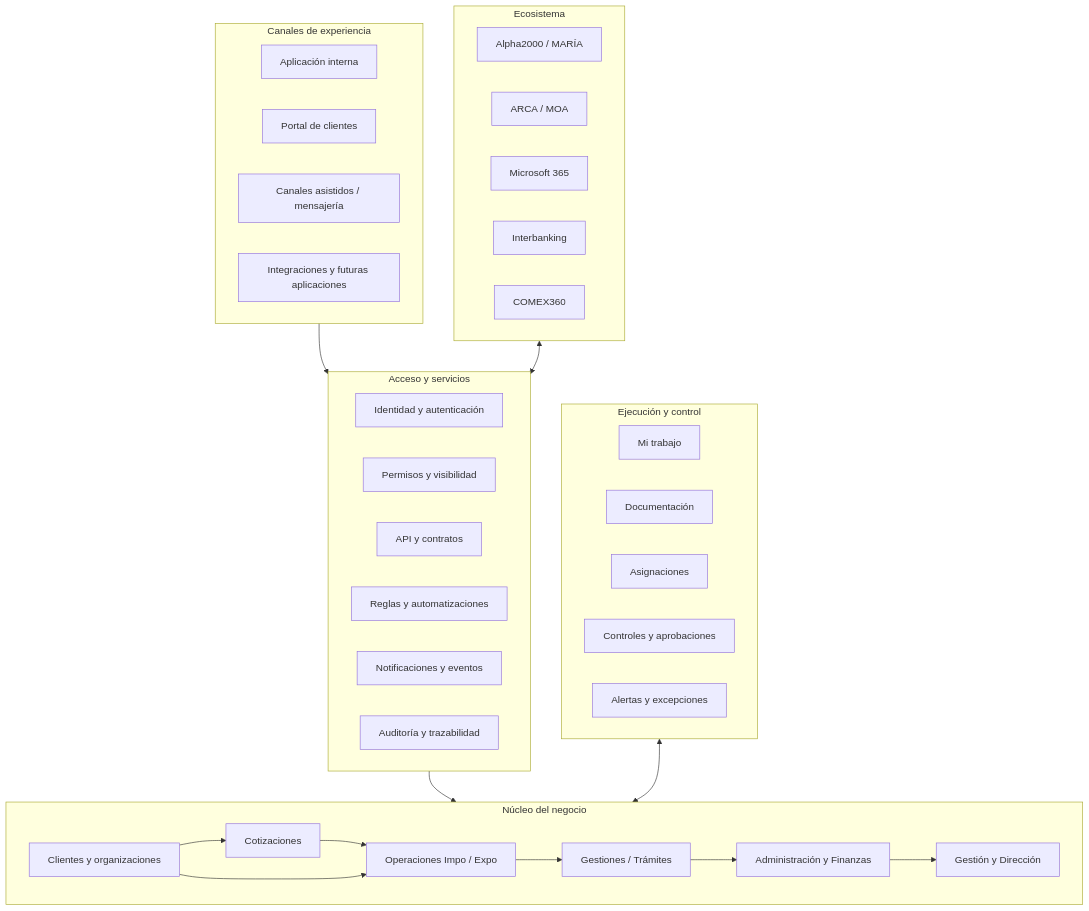
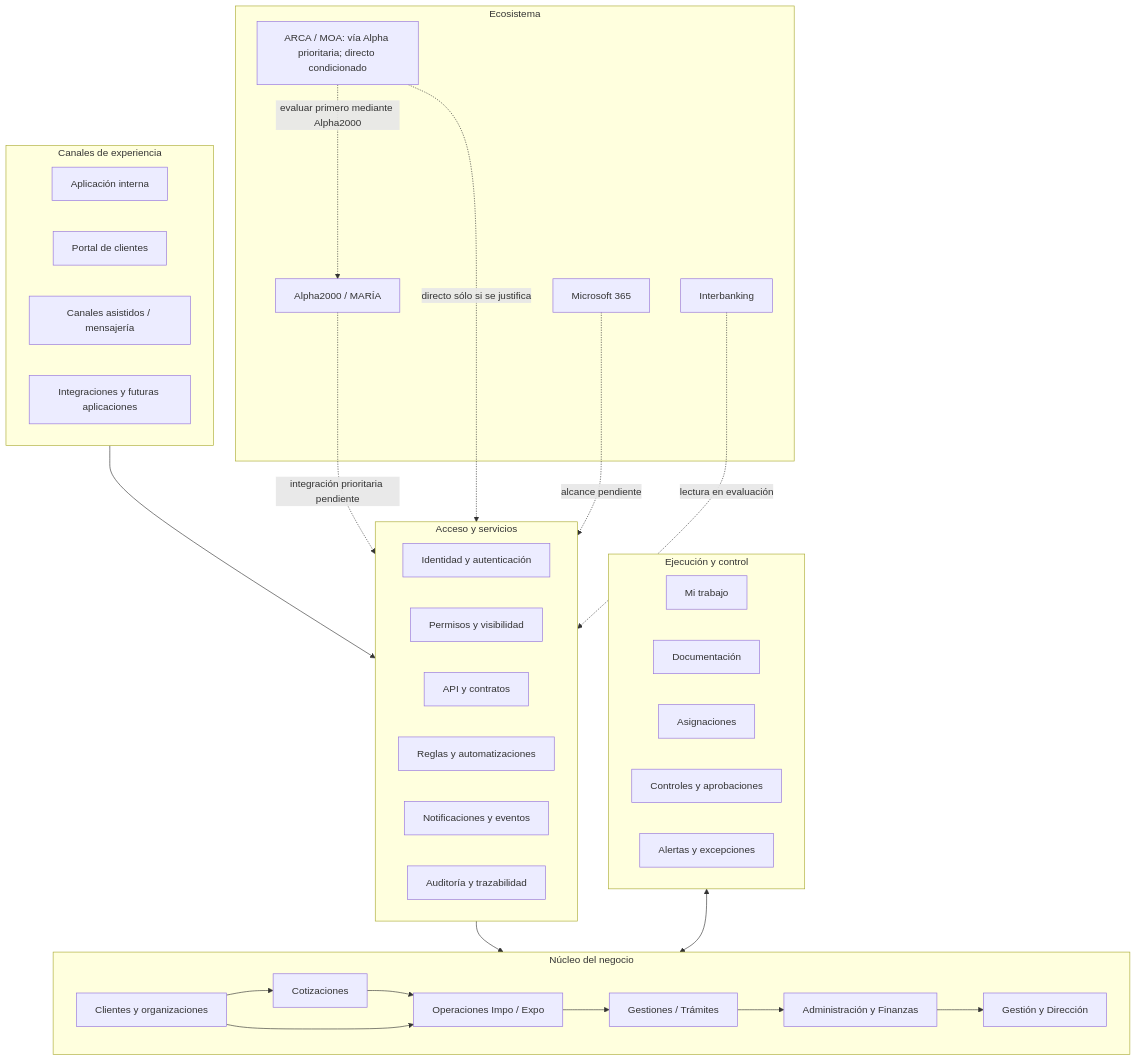
Before and after one commit to Broco-Solutions/abt-comex: the first of 2 diagrams in docs/product/ALCANCE_FUNCIONAL.md, drawn with Mermaid. The commit also changed other lines of this file and 16 other files, not shown here.

````diff
--- a/docs/product/ALCANCE_FUNCIONAL.md
+++ b/docs/product/ALCANCE_FUNCIONAL.md
@@ -87,50 +89,53 @@
 ```mermaid
 flowchart TB
   subgraph CHANNELS[Canales de experiencia]
     INTERNAL[Aplicación interna]
     PORTAL[Portal de clientes]
     ASSISTED[Canales asistidos / mensajería]
     PARTNERS[Integraciones y futuras aplicaciones]
   end
 
   subgraph ACCESS[Acceso y servicios]
     ID[Identidad y autenticación]
     AUTH[Permisos y visibilidad]
     API[API y contratos]
     RULES[Reglas y automatizaciones]
     EVENTS[Notificaciones y eventos]
     AUDIT[Auditoría y trazabilidad]
   end
 
   subgraph BUSINESS[Núcleo del negocio]
     CLIENTS[Clientes y organizaciones]
     QUOTES[Cotizaciones]
     OPS[Operaciones Impo / Expo]
     CASES[Gestiones / Trámites]
     ADMIN[Administración y Finanzas]
     MANAGEMENT[Gestión y Dirección]
 
     CLIENTS --> QUOTES --> OPS --> CASES --> ADMIN --> MANAGEMENT
     CLIENTS --> OPS
   end
 
   subgraph EXECUTION[Ejecución y control]
     WORK[Mi trabajo]
     DOCS[Documentación]
     ASSIGN[Asignaciones]
     CONTROLS[Controles y aprobaciones]
     ALERTS[Alertas y excepciones]
   end
 
   subgraph ECOSYSTEM[Ecosistema]
     ALPHA[Alpha2000 / MARÍA]
-    ARCA[ARCA / MOA]
+    ARCA[ARCA / MOA: vía Alpha prioritaria; directo condicionado]
     M365[Microsoft 365]
     INTERBANK[Interbanking]
-    LEGACY[COMEX360]
   end
 
   CHANNELS --> ACCESS --> BUSINESS
   EXECUTION <--> BUSINESS
-  ECOSYSTEM <--> ACCESS
+  ALPHA -. integración prioritaria pendiente .-> ACCESS
+  ARCA -. evaluar primero mediante Alpha2000 .-> ALPHA
+  ARCA -. directo sólo si se justifica .-> ACCESS
+  M365 -. alcance pendiente .-> ACCESS
+  INTERBANK -. lectura en evaluación .-> ACCESS
 ```
````
